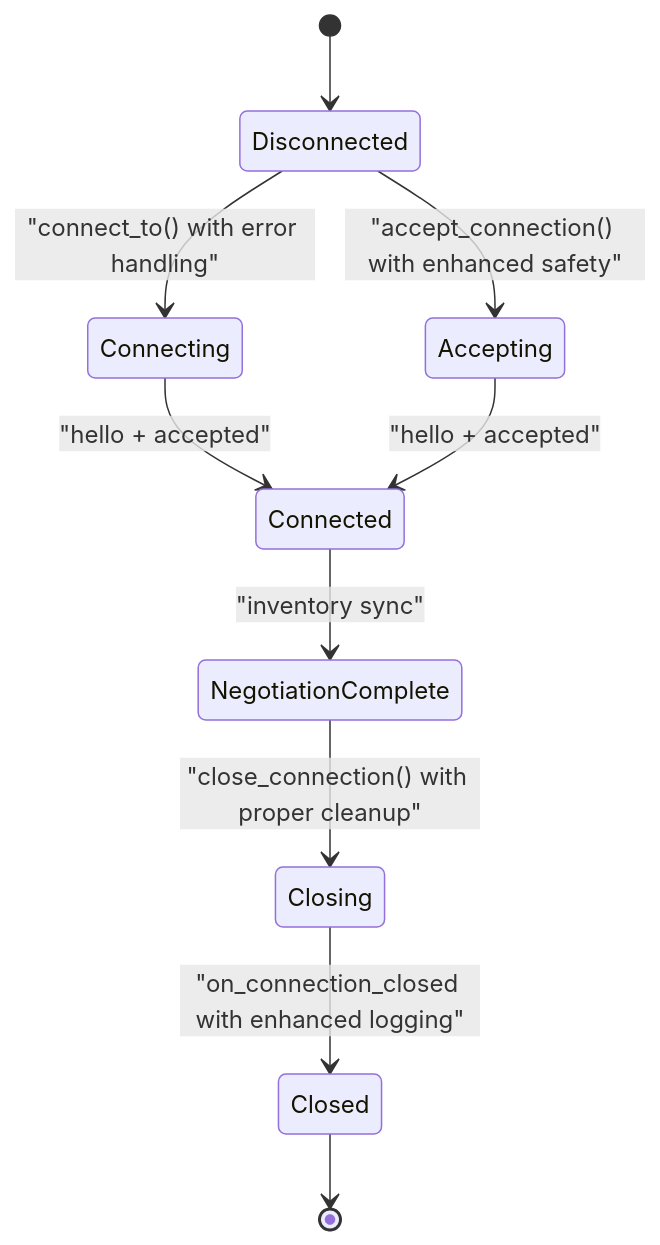
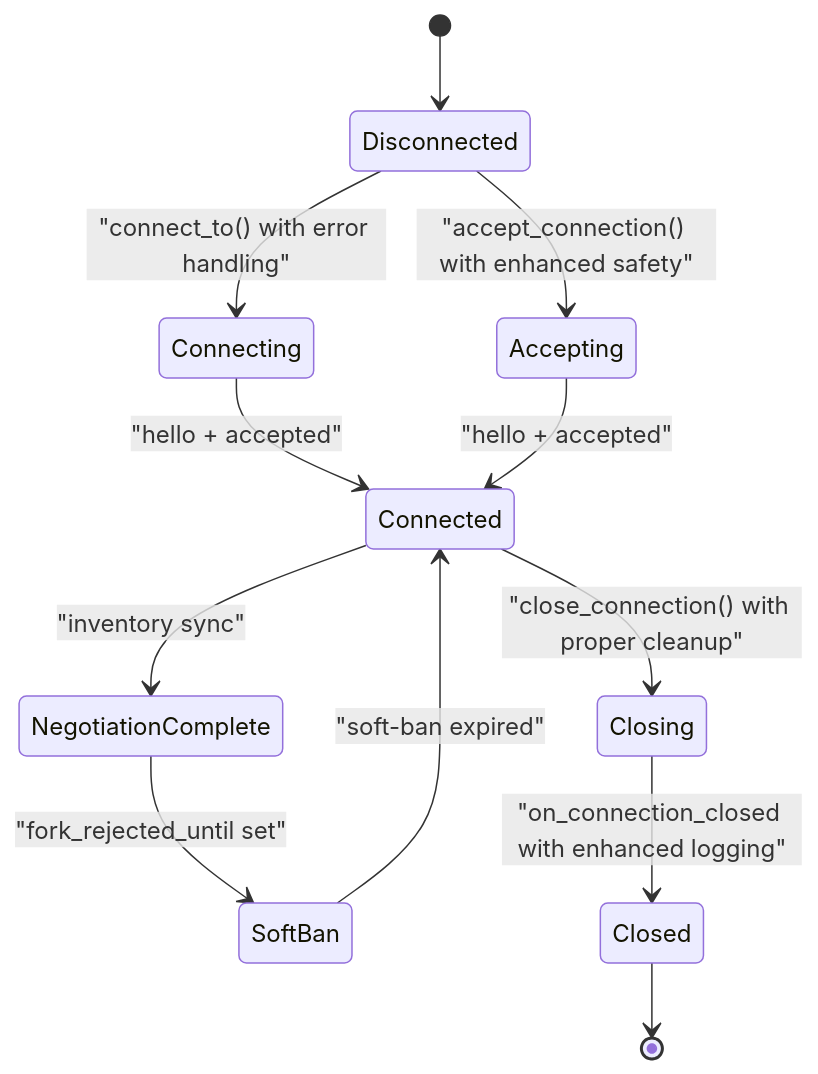
The seventh of 10 diagrams in .qoder/repowiki/en/content/Architecture Overview/Core Libraries/Network Library/Peer Connection Management.md (VIZ-Blockchain/viz-cpp-node), drawn with Mermaid before and after one commit. The commit also changed other lines of this file and 4 other files, not shown here.

````diff
--- a/.qoder/repowiki/en/content/Architecture Overview/Core Libraries/Network Library/Peer Connection Management.md
+++ b/.qoder/repowiki/en/content/Architecture Overview/Core Libraries/Network Library/Peer Connection Management.md
@@ -336,12 +371,14 @@
 ```mermaid
 stateDiagram-v2
 [*] --> Disconnected
 Disconnected --> Connecting : "connect_to() with error handling"
 Disconnected --> Accepting : "accept_connection() with enhanced safety"
 Connecting --> Connected : "hello + accepted"
 Accepting --> Connected : "hello + accepted"
 Connected --> NegotiationComplete : "inventory sync"
-NegotiationComplete --> Closing : "close_connection() with proper cleanup"
+NegotiationComplete --> SoftBan : "fork_rejected_until set"
+SoftBan --> Connected : "soft-ban expired"
+Connected --> Closing : "close_connection() with proper cleanup"
 Closing --> Closed : "on_connection_closed with enhanced logging"
 Closed --> [*]
 ```
````
